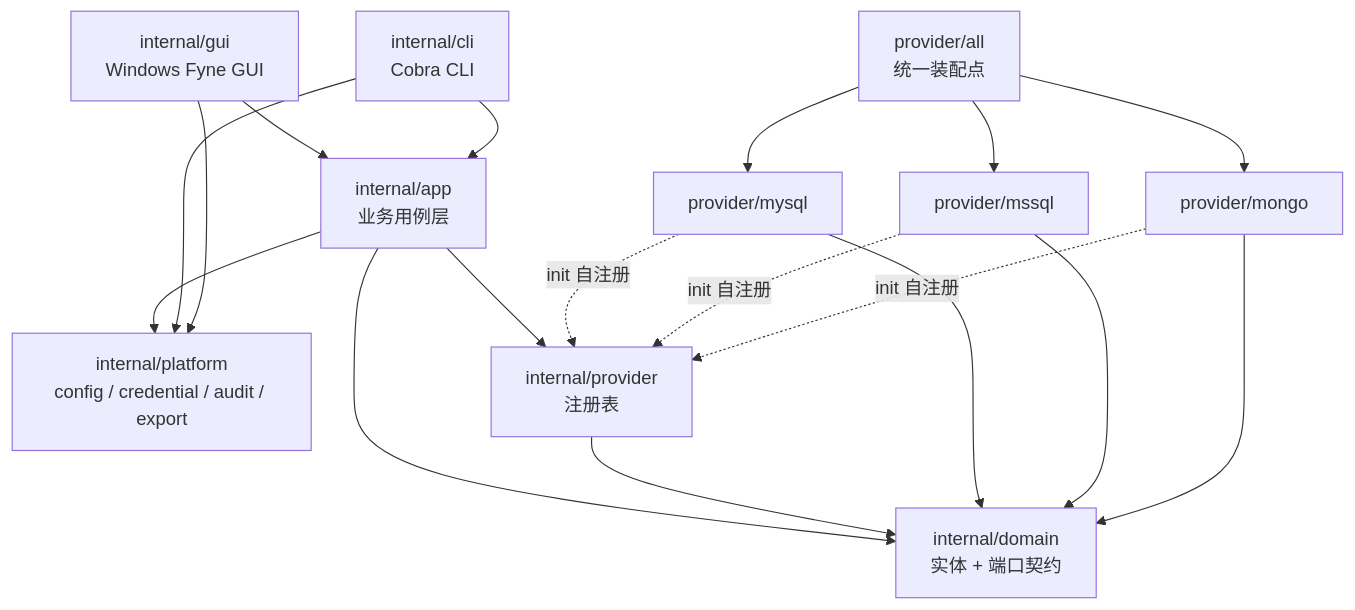
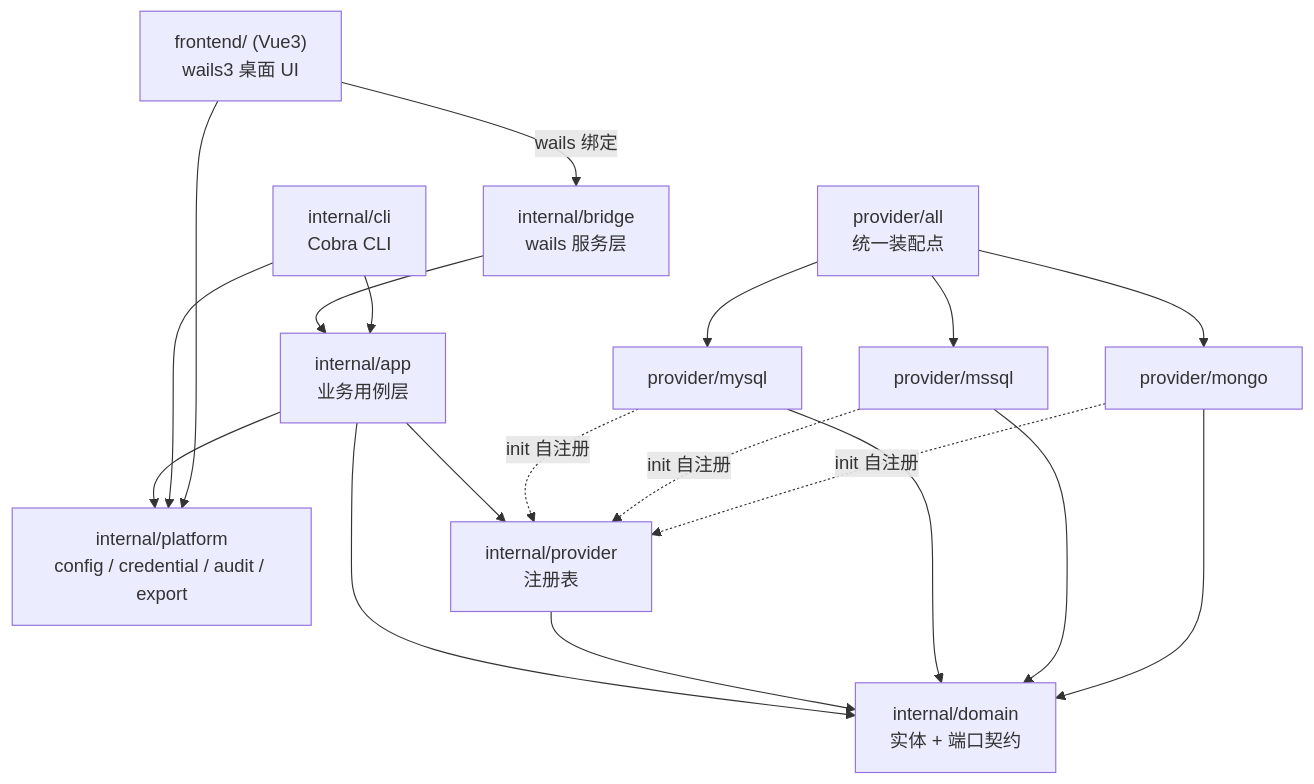
The diagram in project.md (xywendz/db-fly), drawn with Mermaid before and after one commit. The commit also changed other lines of this file and 127 other files, not shown here.

````diff
--- a/project.md
+++ b/project.md
@@ -158,22 +158,23 @@
 ```mermaid
 graph TD
-    GUI["internal/gui<br/>Windows Fyne GUI"] --> APP
+    GUI["frontend/ (Vue3)<br/>wails3 桌面 UI"] -->|wails 绑定| BRIDGE
+    BRIDGE["internal/bridge<br/>wails 服务层"] --> APP
     CLI["internal/cli<br/>Cobra CLI"] --> APP
     APP["internal/app<br/>业务用例层"] --> DOMAIN
     APP --> PLATFORM
     CLI --> PLATFORM
     GUI --> PLATFORM
     APP --> REGISTRY
     REGISTRY["internal/provider<br/>注册表"] --> DOMAIN
     MYSQL["provider/mysql"] --> DOMAIN
     MSSQL["provider/mssql"] --> DOMAIN
     MONGO["provider/mongo"] --> DOMAIN
     MYSQL -. init 自注册 .-> REGISTRY
     MSSQL -. init 自注册 .-> REGISTRY
     MONGO -. init 自注册 .-> REGISTRY
     ALL["provider/all<br/>统一装配点"] --> MYSQL
     ALL --> MSSQL
     ALL --> MONGO
     DOMAIN["internal/domain<br/>实体 + 端口契约"]
     PLATFORM["internal/platform<br/>config / credential / audit / export"]
 ```
````
